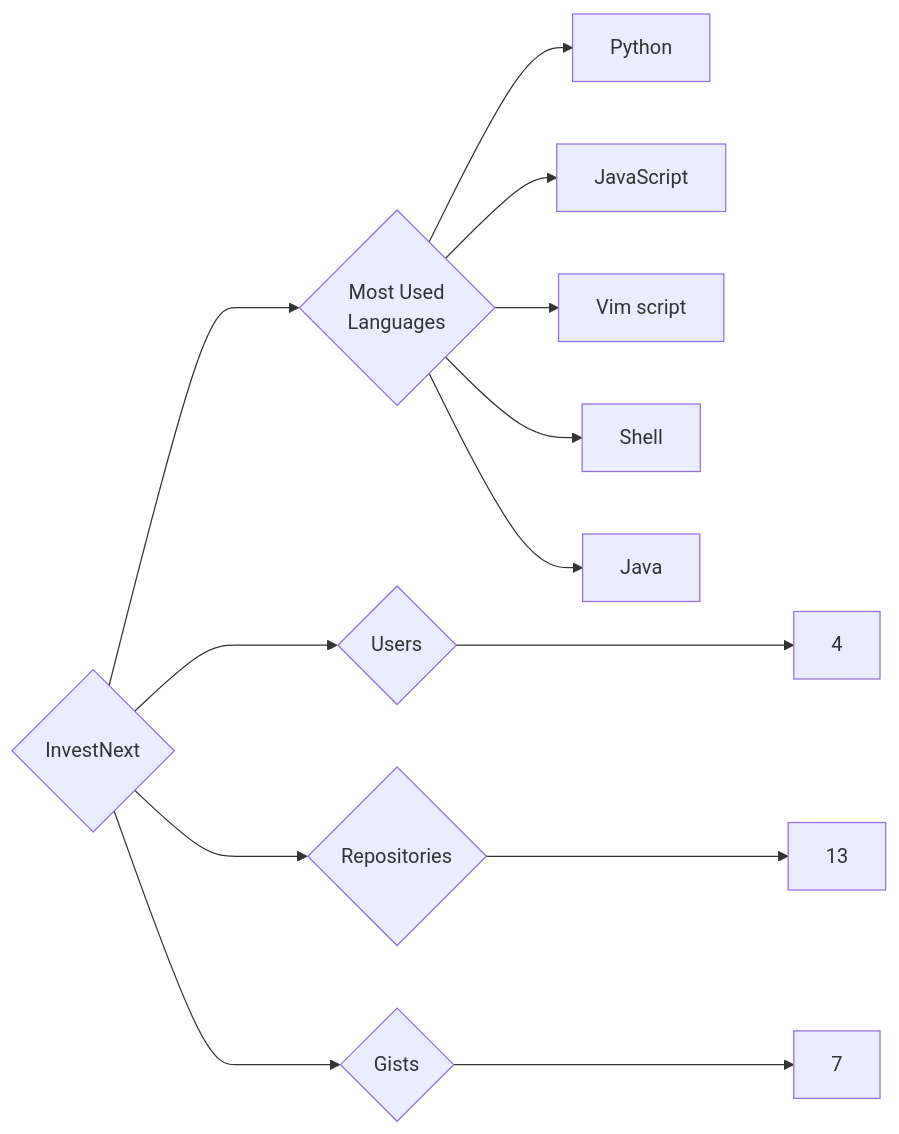
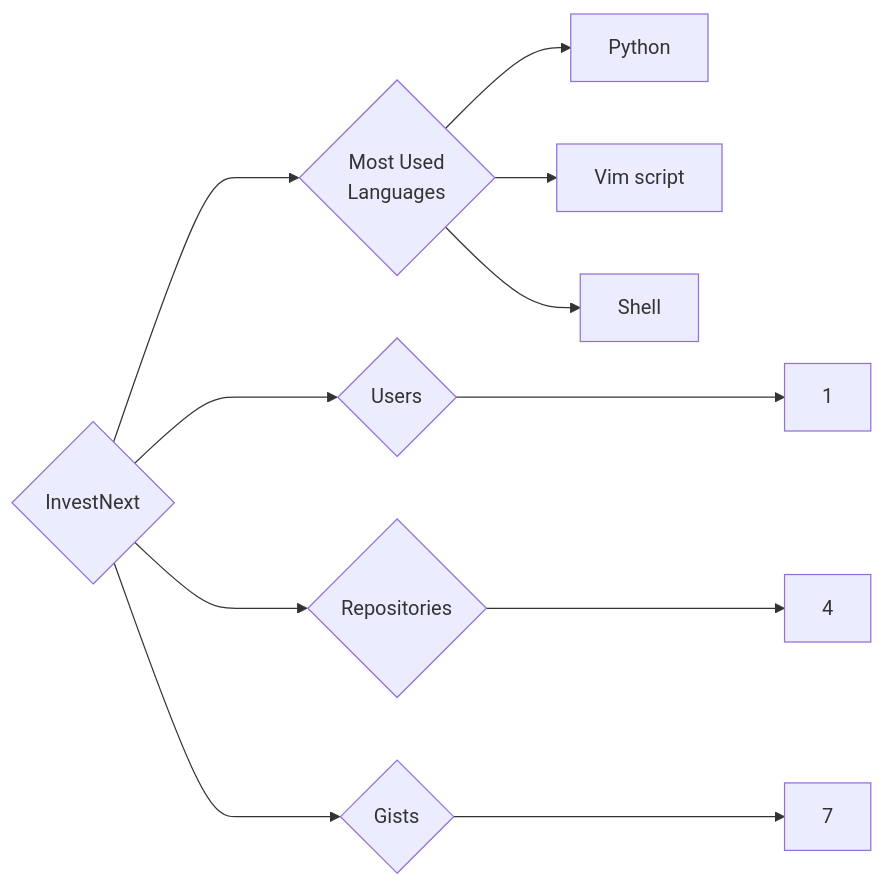
One commit to trickest/insiders changed the diagram in targets/InvestNext/README.md. Above: the diagram before and after it, drawn with Mermaid. The commit also changed 930 other files, not shown here.

````diff
--- a/targets/InvestNext/README.md
+++ b/targets/InvestNext/README.md
@@ -3,13 +3,11 @@
 ```mermaid
 graph LR
 COMPANY_NAME{InvestNext}
-COMPANY_NAME ---> U{Users} ---> UN[4]
-COMPANY_NAME ---> R{Repositories} ---> RN[13]
+COMPANY_NAME ---> U{Users} ---> UN[1]
+COMPANY_NAME ---> R{Repositories} ---> RN[4]
 COMPANY_NAME ---> G{Gists} ---> GN[7]
 COMPANY_NAME ---> ML{Most Used<br>Languages}
 ML --> Python[Python]
-ML --> JavaScript[JavaScript]
 ML --> Vim_script[Vim script]
 ML --> Shell[Shell]
-ML --> Java[Java]
 ```
````
